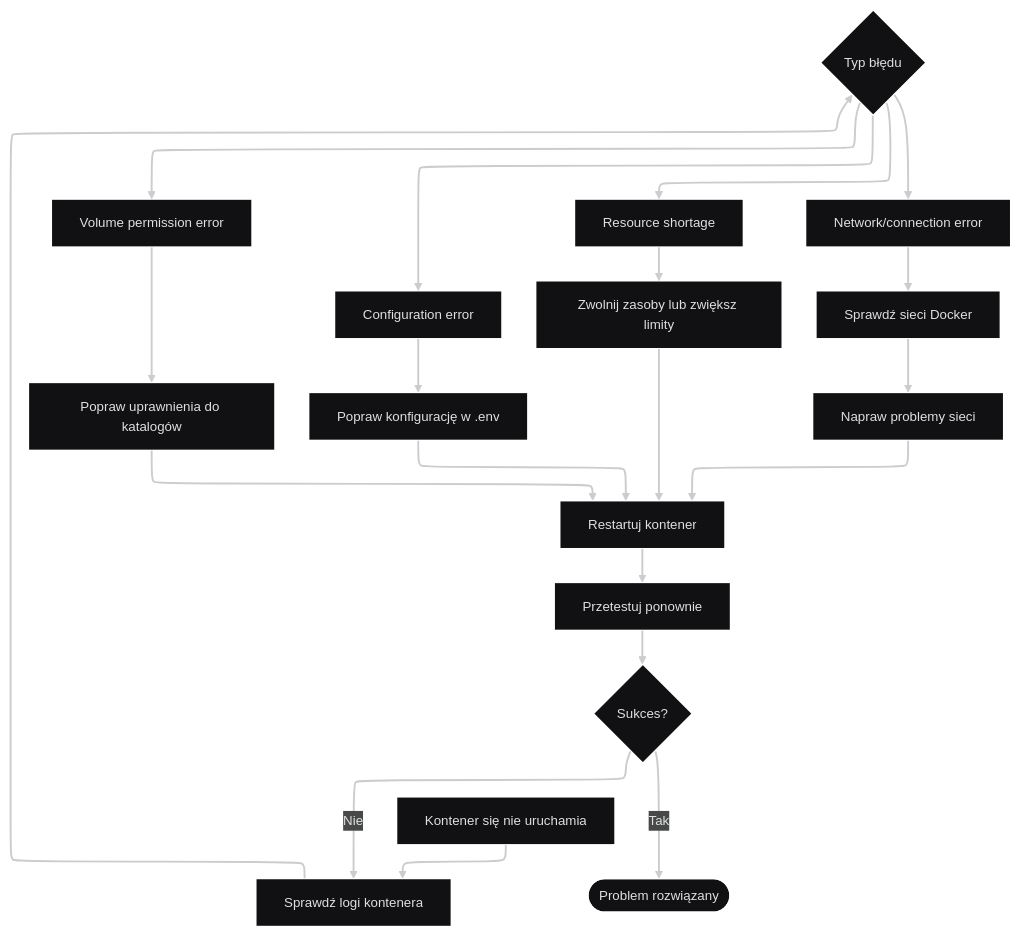
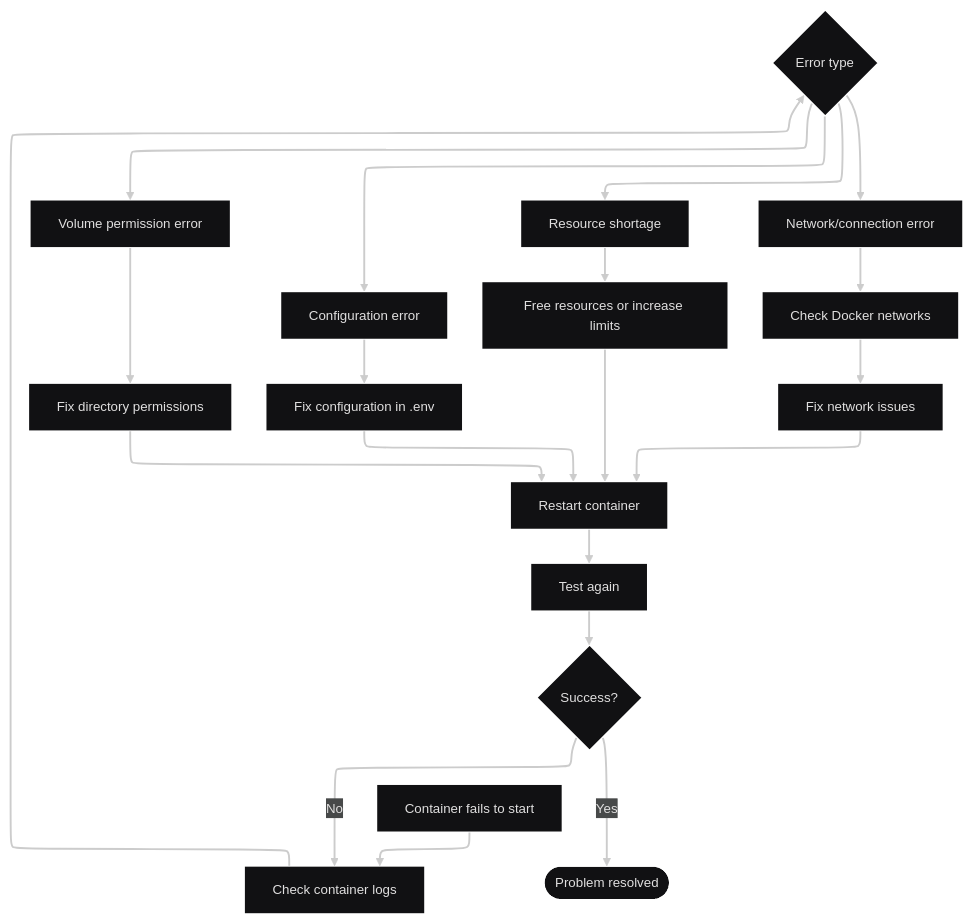
One commit to jedrzejpolaczek/aviarium.corvidae.corvus_corone changed diagram 25 of 33 in docs/requirements/use-cases.md. Above: the diagram before and after it, drawn with Mermaid. The commit also changed other lines of this file and 12 other files, not shown here.

````diff
--- a/docs/requirements/use-cases.md
+++ b/docs/requirements/use-cases.md
@@ -1047,24 +1047,24 @@
 ```mermaid
 ---
 config:
   theme: redux-dark
   layout: elk
 ---
 flowchart TB
-    ContainerFail["Kontener się nie uruchamia"] --> CheckLogs["Sprawdź logi kontenera"]
-    CheckLogs --> LogType{"Typ błędu"}
+    ContainerFail["Container fails to start"] --> CheckLogs["Check container logs"]
+    CheckLogs --> LogType{"Error type"}
     LogType --> PermissionError["Volume permission error"] & ConfigError["Configuration error"] & ResourceError["Resource shortage"] & NetworkError["Network/connection error"]
-    PermissionError --> FixPermissions["Popraw uprawnienia do katalogów"]
-    ConfigError --> FixConfig["Popraw konfigurację w .env"]
-    ResourceError --> FreeResources["Zwolnij zasoby lub zwiększ limity"]
-    NetworkError --> CheckNetwork["Sprawdź sieci Docker"]
-    FixPermissions --> RestartContainer["Restartuj kontener"]
+    PermissionError --> FixPermissions["Fix directory permissions"]
+    ConfigError --> FixConfig["Fix configuration in .env"]
+    ResourceError --> FreeResources["Free resources or increase limits"]
+    NetworkError --> CheckNetwork["Check Docker networks"]
+    FixPermissions --> RestartContainer["Restart container"]
     FixConfig --> RestartContainer
     FreeResources --> RestartContainer
-    CheckNetwork --> FixNetworkIssue["Napraw problemy sieci"]
+    CheckNetwork --> FixNetworkIssue["Fix network issues"]
     FixNetworkIssue --> RestartContainer
-    RestartContainer --> TestAgain["Przetestuj ponownie"]
-    TestAgain --> Success{"Sukces?"}
-    Success -- Tak --> End(["Problem rozwiązany"])
-    Success -- Nie --> CheckLogs
+    RestartContainer --> TestAgain["Test again"]
+    TestAgain --> Success{"Success?"}
+    Success -- Yes --> End(["Problem resolved"])
+    Success -- No --> CheckLogs
 ```
````
